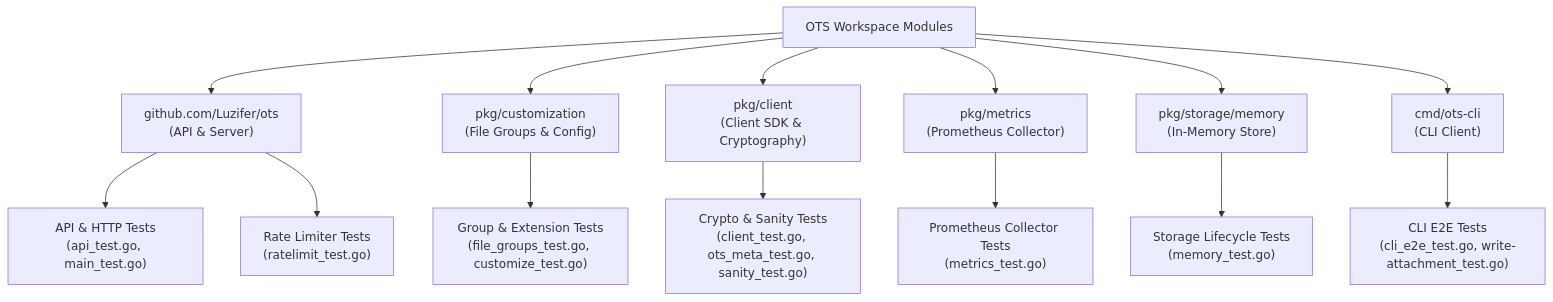
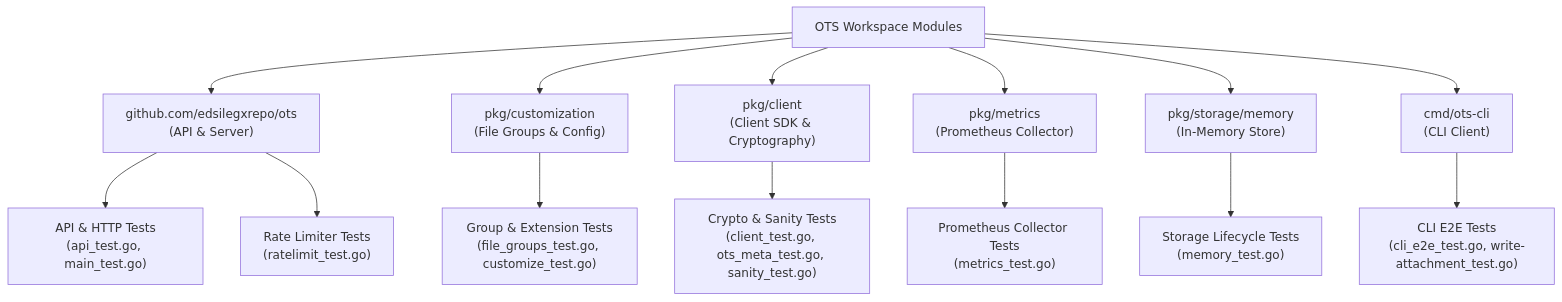
One commit to edsilegxrepo/ots changed the first of 2 diagrams in TESTING.md. Above: the diagram before and after it, drawn with Mermaid. The commit also changed other lines of this file and 49 other files, not shown here.

Commit message:
release: v1.43.0 - Purge Luzifer dependencies, pure Go OpenSSL PBKDF2/AES crypto, module rename to github.com/edsilegxrepo/ots, expanded CLI commands (burn, info, genpass, notes)

````diff
--- a/TESTING.md
+++ b/TESTING.md
@@ -14,22 +14,22 @@
 ```mermaid
 graph TD
-    Submodules["OTS Workspace Modules"] --> MainPkg["github.com/Luzifer/ots<br/>(API & Server)"]
+    Submodules["OTS Workspace Modules"] --> MainPkg["github.com/edsilegxrepo/ots<br/>(API & Server)"]
     Submodules --> CustPkg["pkg/customization<br/>(File Groups & Config)"]
     Submodules --> ClientPkg["pkg/client<br/>(Client SDK & Cryptography)"]
     Submodules --> MetricsPkg["pkg/metrics<br/>(Prometheus Collector)"]
     Submodules --> StoragePkg["pkg/storage/memory<br/>(In-Memory Store)"]
     Submodules --> CLIPkg["cmd/ots-cli<br/>(CLI Client)"]
 
     MainPkg --> API_Tests["API & HTTP Tests<br/>(api_test.go, main_test.go)"]
     MainPkg --> RL_Tests["Rate Limiter Tests<br/>(ratelimit_test.go)"]
 
     CustPkg --> FG_Tests["Group & Extension Tests<br/>(file_groups_test.go, customize_test.go)"]
 
     ClientPkg --> OTS_Tests["Crypto & Sanity Tests<br/>(client_test.go, ots_meta_test.go, sanity_test.go)"]
 
     MetricsPkg --> M_Tests["Prometheus Collector Tests<br/>(metrics_test.go)"]
 
     StoragePkg --> Mem_Tests["Storage Lifecycle Tests<br/>(memory_test.go)"]
 
     CLIPkg --> CLI_Tests["CLI E2E Tests<br/>(cli_e2e_test.go, write-attachment_test.go)"]
 ```
````
